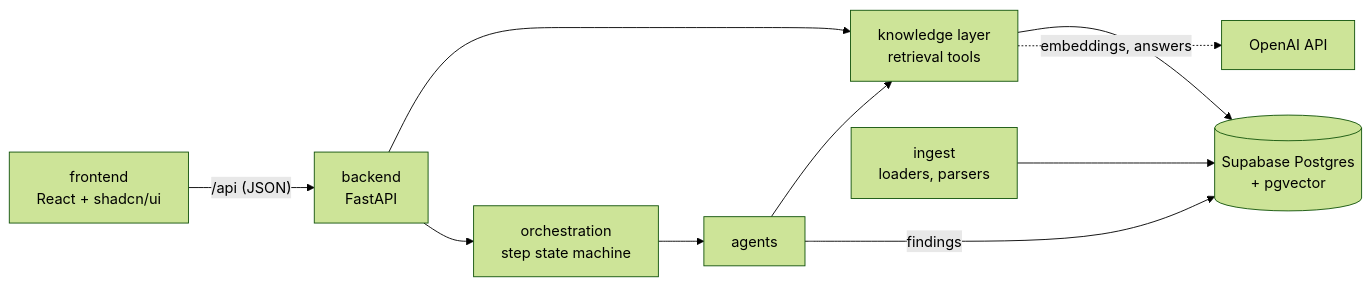
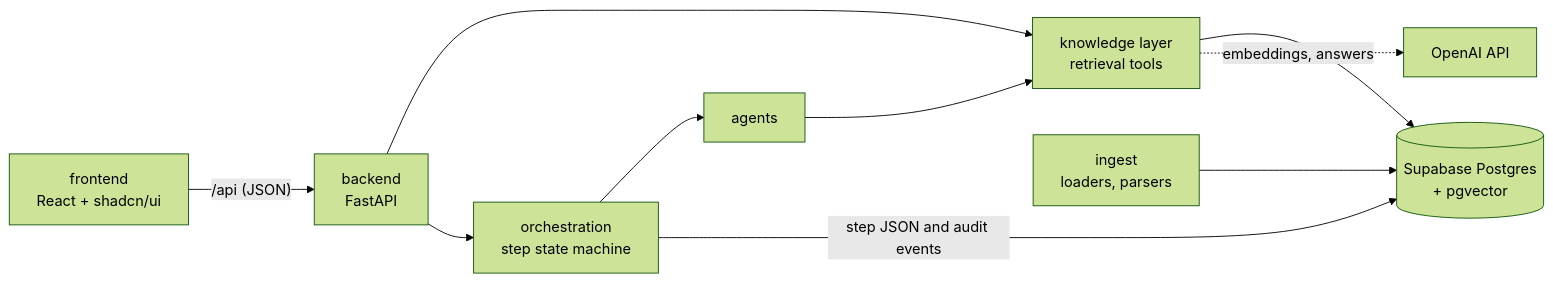
Before and after one commit to gabrielhansmann/attention_is_all_we_have: the diagram in docs/architecture/12-repo-structure.md, drawn with Mermaid (forest theme). The commit also changed other lines of this file and 101 other files, not shown here.

````diff
--- a/docs/architecture/12-repo-structure.md
+++ b/docs/architecture/12-repo-structure.md
@@ -5,12 +5,12 @@
 ```mermaid
 flowchart LR
     UI["frontend<br/>React + shadcn/ui"] -->|"/api (JSON)"| API["backend<br/>FastAPI"]
     API --> K["knowledge layer<br/>retrieval tools"]
     API --> O["orchestration<br/>step state machine"]
     O --> AG["agents"]
     AG --> K
     K --> DB[("Supabase Postgres<br/>+ pgvector")]
     ING["ingest<br/>loaders, parsers"] --> DB
-    AG -->|findings| DB
+    O -->|step JSON and audit events| DB
     K -.->|embeddings, answers| OAI["OpenAI API"]
 ```
````
